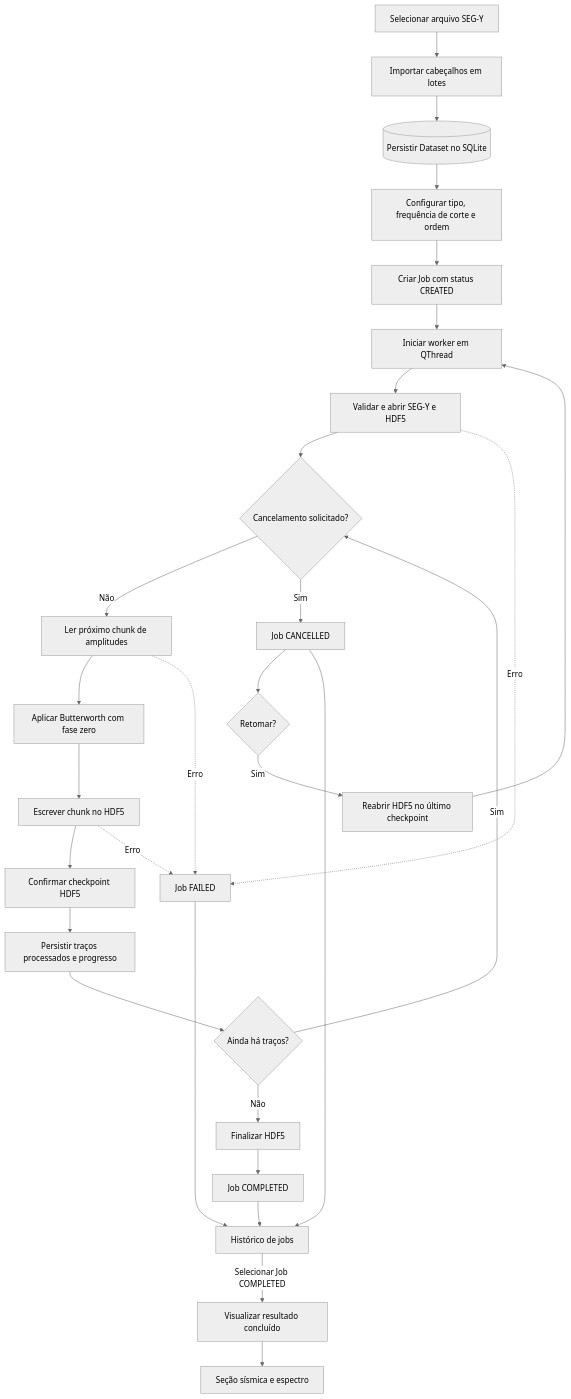
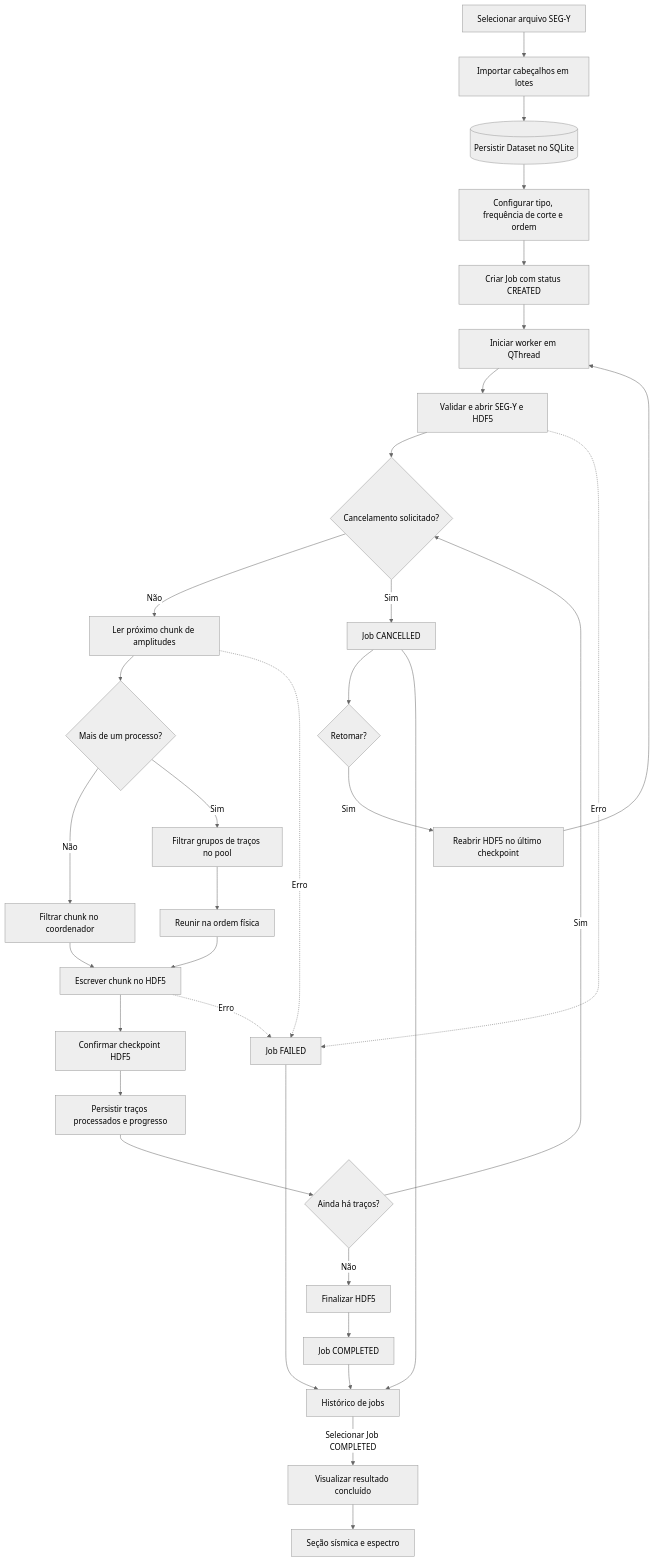
One commit to Asunnya/giecar-seismic changed the first of 2 diagrams in README.md. Above: the diagram before and after it, drawn with Mermaid (neutral theme). The commit also changed other lines of this file and 9 other files, not shown here.

````diff
--- a/README.md
+++ b/README.md
@@ -73,31 +77,35 @@
 ```mermaid
 flowchart TD
     A[Selecionar arquivo SEG-Y] --> B[Importar cabeçalhos em lotes]
     B --> C[(Persistir Dataset no SQLite)]
     C --> D[Configurar tipo, frequência de corte e ordem]
     D --> E[Criar Job com status CREATED]
     E --> F[Iniciar worker em QThread]
     F --> G[Validar e abrir SEG-Y e HDF5]
     G --> H{Cancelamento solicitado?}
     H -- Não --> I[Ler próximo chunk de amplitudes]
-    I --> J[Aplicar Butterworth com fase zero]
-    J --> K[Escrever chunk no HDF5]
+    I --> J{Mais de um processo?}
+    J -- Não --> J1[Filtrar chunk no coordenador]
+    J -- Sim --> J2[Filtrar grupos de traços no pool]
+    J2 --> J3[Reunir na ordem física]
+    J1 --> K[Escrever chunk no HDF5]
+    J3 --> K
     K --> L[Confirmar checkpoint HDF5]
     L --> M[Persistir traços processados e progresso]
     M --> N{Ainda há traços?}
     N -- Sim --> H
     N -- Não --> O[Finalizar HDF5]
     O --> P[Job COMPLETED]
     H -- Sim --> Q[Job CANCELLED]
     G -.->|Erro| R[Job FAILED]
     I -.->|Erro| R
     K -.->|Erro| R
     Q --> S{Retomar?}
     S -- Sim --> T[Reabrir HDF5 no último checkpoint]
     T --> F
     P --> U[Histórico de jobs]
     Q --> U
     R --> U
     U -->|Selecionar Job COMPLETED| V[Visualizar resultado concluído]
     V --> W[Seção sísmica e espectro]
 ```
````
